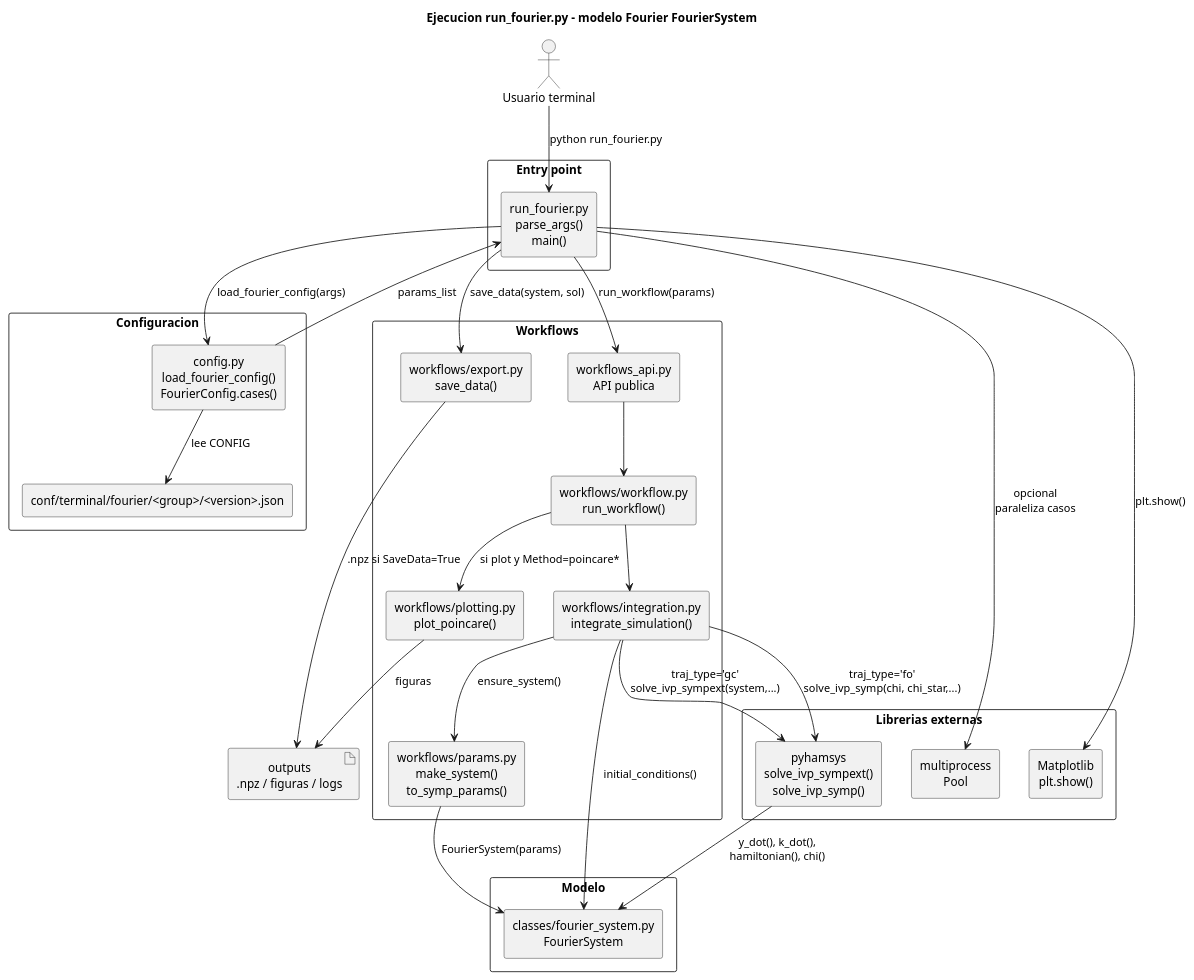
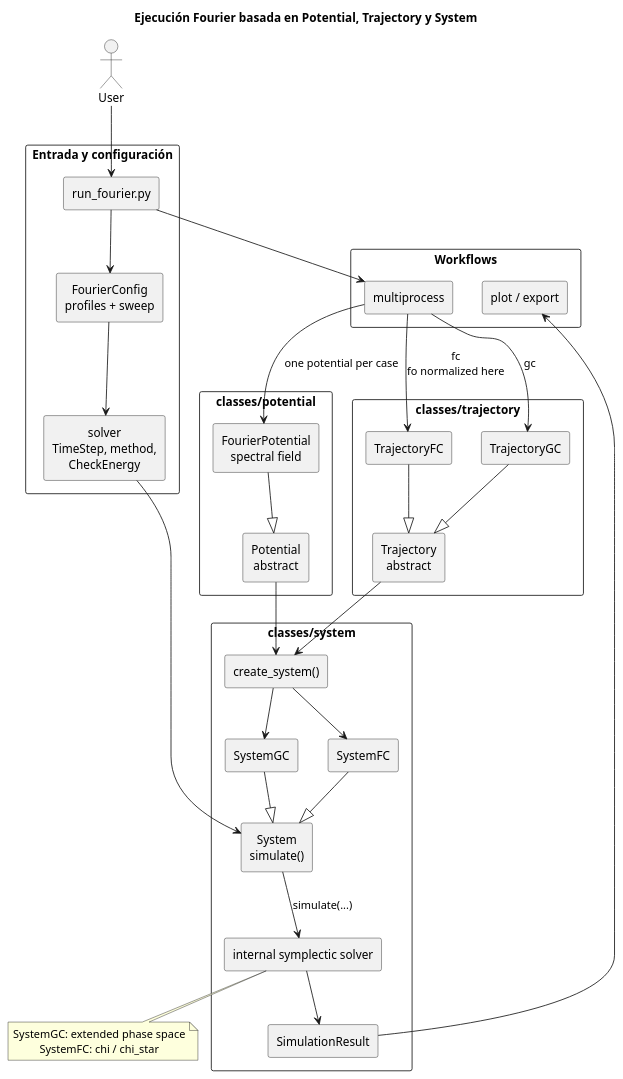
The diagram in docs/fourier_execution/flow.puml (Jugibe-52/GC2D_intranet), drawn with PlantUML before and after one commit. The commit also changed 83 other files, not shown here.

Commit message:
refactor: compose simulations from potential trajectory system

```diff
--- a/docs/fourier_execution/flow.puml
+++ b/docs/fourier_execution/flow.puml
@@ -1,64 +1,68 @@
-@startuml FourierSystem_execution_flow
-title Ejecucion run_fourier.py - modelo Fourier FourierSystem
+@startuml Fourier_execution_flow
+title Ejecución Fourier basada en Potential, Trajectory y System
 
 skinparam componentStyle rectangle
 skinparam shadowing false
 skinparam packageStyle rectangle
 skinparam defaultTextAlignment center
 
-actor "Usuario terminal" as user
+actor User
 
-package "Entry point" {
-  component "run_fourier.py\nparse_args()\nmain()" as cli
+package "Entrada y configuración" {
+  component "run_fourier.py" as cli
+  component "FourierConfig\nprofiles + sweep" as config
+  component "solver\nTimeStep, method,\nCheckEnergy" as solver_config
 }
 
-package "Configuracion" {
-  component "conf/terminal/fourier/<group>/<version>.json" as json
-  component "config.py\nload_fourier_config()\nFourierConfig.cases()" as config
+package "classes/potential" {
+  component "Potential\nabstract" as potential
+  component "FourierPotential\nspectral field" as fourier
+}
+
+package "classes/trajectory" {
+  component "Trajectory\nabstract" as trajectory
+  component "TrajectoryGC" as gc_trajectory
+  component "TrajectoryFC" as fc_trajectory
+}
+
+package "classes/system" {
+  component "create_system()" as factory
+  component "System\nsimulate()" as system
+  component "SystemGC" as gc_system
+  component "SystemFC" as fc_system
+  component "internal symplectic solver" as solver
+  component "SimulationResult" as result
 }
 
 package "Workflows" {
-  component "workflows_api.py\nAPI publica" as api
-  component "workflows/params.py\nmake_system()\nto_symp_params()" as params
-  component "workflows/workflow.py\nrun_workflow()" as workflow
-  component "workflows/integration.py\nintegrate_simulation()" as integration
-  component "workflows/export.py\nsave_data()" as export
-  component "workflows/plotting.py\nplot_poincare()" as plotting
+  component "plot / export" as output
+  component "multiprocess" as batch
 }
 
-package "Modelo" {
-  component "classes/fourier_system.py\nFourierSystem" as fourier_system
-}
+User --> cli
+cli --> config
+config --> solver_config
+cli --> batch
+batch --> fourier : one potential per case
+fourier --|> potential
+batch --> gc_trajectory : gc
+batch --> fc_trajectory : fc\nfo normalized here
+gc_trajectory --|> trajectory
+fc_trajectory --|> trajectory
+potential --> factory
+trajectory --> factory
+factory --> gc_system
+factory --> fc_system
+gc_system --|> system
+fc_system --|> system
+solver_config --> system
+system --> solver : simulate(...)
+solver --> result
+result --> output
 
-package "Librerias externas" {
-  component "pyhamsys\nsolve_ivp_sympext()\nsolve_ivp_symp()" as pyhamsys
-  component "multiprocess\nPool" as mp
-  component "Matplotlib\nplt.show()" as mpl
-}
-
-artifact "outputs\n.npz / figuras / logs" as outputs
-
-user --> cli : python run_fourier.py
-cli --> config : load_fourier_config(args)
-config --> json : lee CONFIG
-config --> cli : params_list
-
-cli --> mp : opcional\nparaleliza casos
-cli --> api : run_workflow(params)
-api --> workflow
-workflow --> integration
-integration --> params : ensure_system()
-params --> fourier_system : FourierSystem(params)
-integration --> fourier_system : initial_conditions()
-
-integration --> pyhamsys : traj_type='gc'\nsolve_ivp_sympext(system,...)
-integration --> pyhamsys : traj_type='fo'\nsolve_ivp_symp(chi, chi_star,...)
-pyhamsys --> fourier_system : y_dot(), k_dot(),\nhamiltonian(), chi()
-
-workflow --> plotting : si plot y Method=poincare*
-cli --> export : save_data(system, sol)
-export --> outputs : .npz si SaveData=True
-plotting --> outputs : figuras
-cli --> mpl : plt.show()
+note bottom of solver
+  SystemGC: extended phase space
+  SystemFC: chi / chi_star
+end note
 
 @enduml
```
